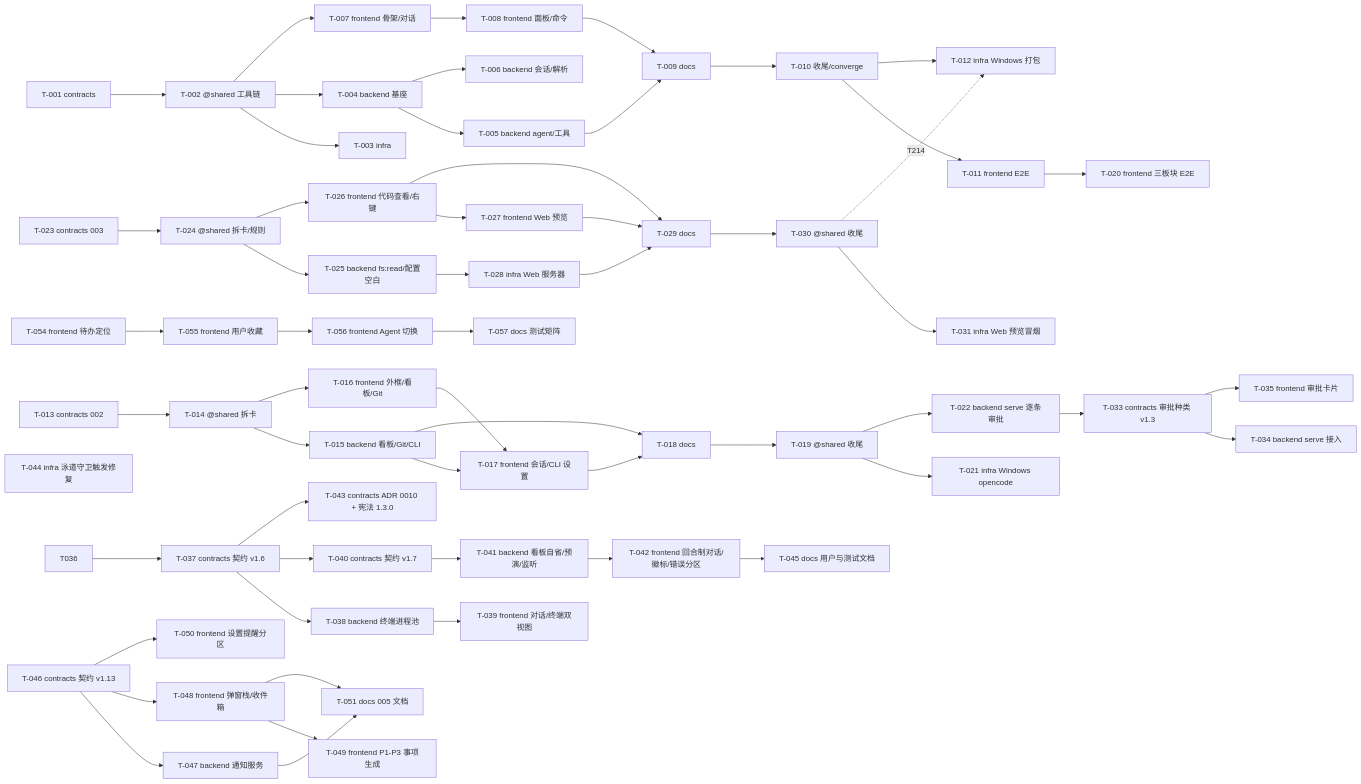
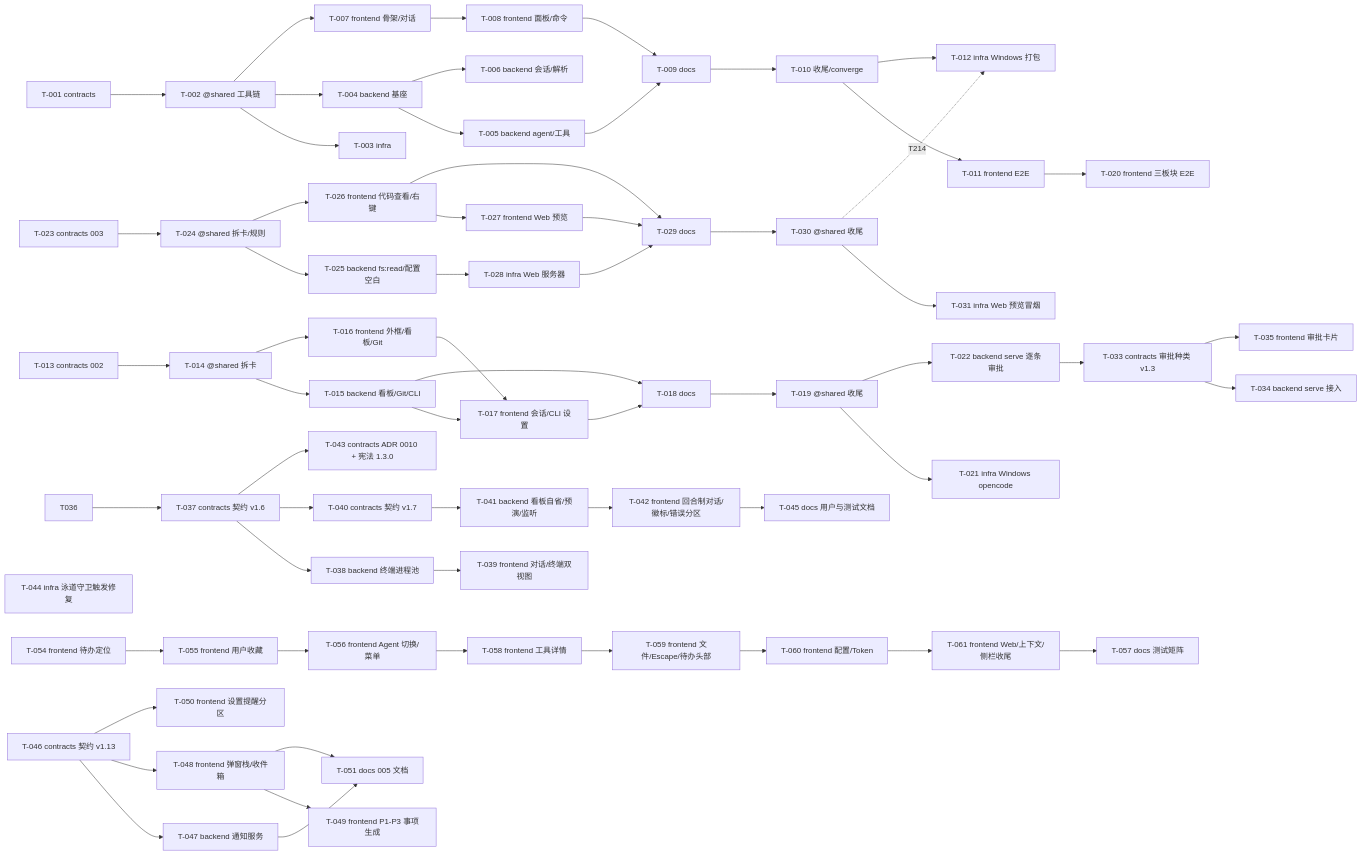
Before and after one commit to Pizuu/ai-code-manager: the diagram in docs/tasks/BOARD.md, drawn with Mermaid. The commit also changed other lines of this file and 29 other files, not shown here.

````diff
--- a/docs/tasks/BOARD.md
+++ b/docs/tasks/BOARD.md
@@ -77,56 +81,57 @@
 ```mermaid
 graph LR
   T001[T-001 contracts] --> T002[T-002 @shared 工具链]
   T002 --> T003[T-003 infra]
   T002 --> T004[T-004 backend 基座]
   T004 --> T005[T-005 backend agent/工具]
   T004 --> T006[T-006 backend 会话/解析]
   T002 --> T007[T-007 frontend 骨架/对话]
   T007 --> T008[T-008 frontend 面板/命令]
   T005 --> T009[T-009 docs]
   T008 --> T009
   T009 --> T010[T-010 收尾/converge]
   T010 --> T011[T-011 frontend E2E]
   T010 --> T012[T-012 infra Windows 打包]
   T013[T-013 contracts 002] --> T014[T-014 @shared 拆卡]
   T014 --> T015[T-015 backend 看板/Git/CLI]
   T014 --> T016[T-016 frontend 外框/看板/Git]
   T015 --> T017[T-017 frontend 会话/CLI 设置]
   T016 --> T017
   T015 --> T018[T-018 docs]
   T017 --> T018
   T018 --> T019[T-019 @shared 收尾]
   T011 --> T020[T-020 frontend 三板块 E2E]
   T019 --> T021[T-021 infra Windows opencode]
   T019 --> T022[T-022 backend serve 逐条审批]
   T022 --> T033[T-033 contracts 审批种类 v1.3]
   T033 --> T034[T-034 backend serve 接入]
   T033 --> T035[T-035 frontend 审批卡片]
   T023[T-023 contracts 003] --> T024[T-024 @shared 拆卡/规则]
   T024 --> T025[T-025 backend fs:read/配置空白]
   T024 --> T026[T-026 frontend 代码查看/右键]
   T026 --> T027[T-027 frontend Web 预览]
   T025 --> T028[T-028 infra Web 服务器]
   T026 --> T029[T-029 docs]
   T027 --> T029
   T028 --> T029
   T029 --> T030[T-030 @shared 收尾]
   T030 --> T031[T-031 infra Web 预览冒烟]
   T030 -.T214.-> T012
   T036 --> T037[T-037 contracts 契约 v1.6]
   T037 --> T038[T-038 backend 终端进程池]
   T038 --> T039[T-039 frontend 对话/终端双视图]
   T037 --> T040[T-040 contracts 契约 v1.7]
   T040 --> T041[T-041 backend 看板自省/预演/监听]
   T041 --> T042[T-042 frontend 回合制对话/徽标/错误分区]
   T037 --> T043[T-043 contracts ADR 0010 + 宪法 1.3.0]
   T044[T-044 infra 泳道守卫触发修复]
   T042 --> T045[T-045 docs 用户与测试文档]
-  T054[T-054 frontend 待办定位] --> T055[T-055 frontend 用户收藏] --> T056[T-056 frontend Agent 切换] --> T057[T-057 docs 测试矩阵]
+  T054[T-054 frontend 待办定位] --> T055[T-055 frontend 用户收藏] --> T056[T-056 frontend Agent 切换/菜单] --> T058[T-058 frontend 工具详情] --> T059[T-059 frontend 文件/Escape/待办头部] --> T060[T-060 frontend 配置/Token] --> T061[T-061 frontend Web/上下文/侧栏收尾]
+  T061 --> T057[T-057 docs 测试矩阵]
   T046[T-046 contracts 契约 v1.13] --> T047[T-047 backend 通知服务]
   T046 --> T048[T-048 frontend 弹窗栈/收件箱]
   T048 --> T049[T-049 frontend P1-P3 事项生成]
   T046 --> T050[T-050 frontend 设置提醒分区]
   T047 --> T051[T-051 docs 005 文档]
   T048 --> T051
 ```
````
